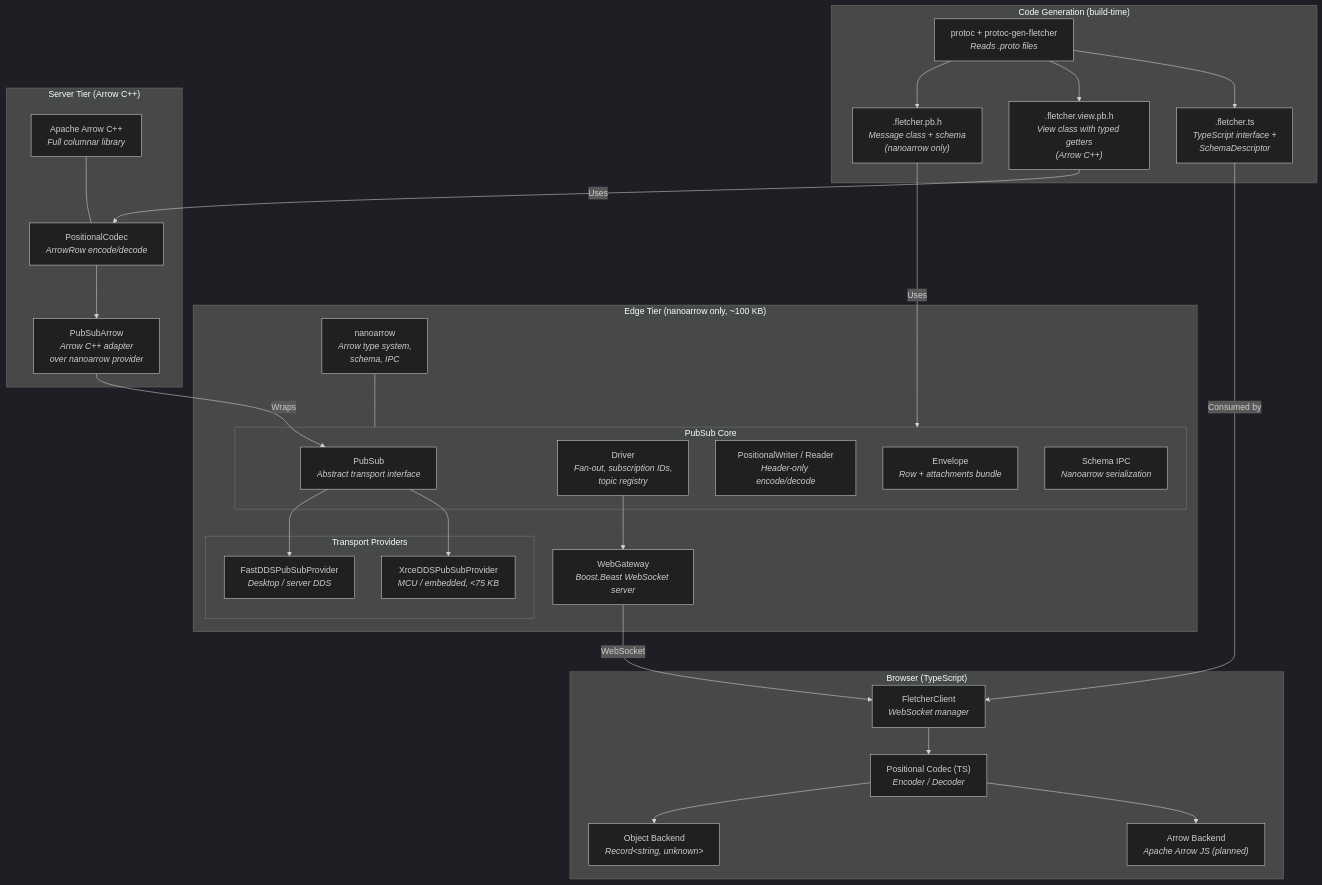
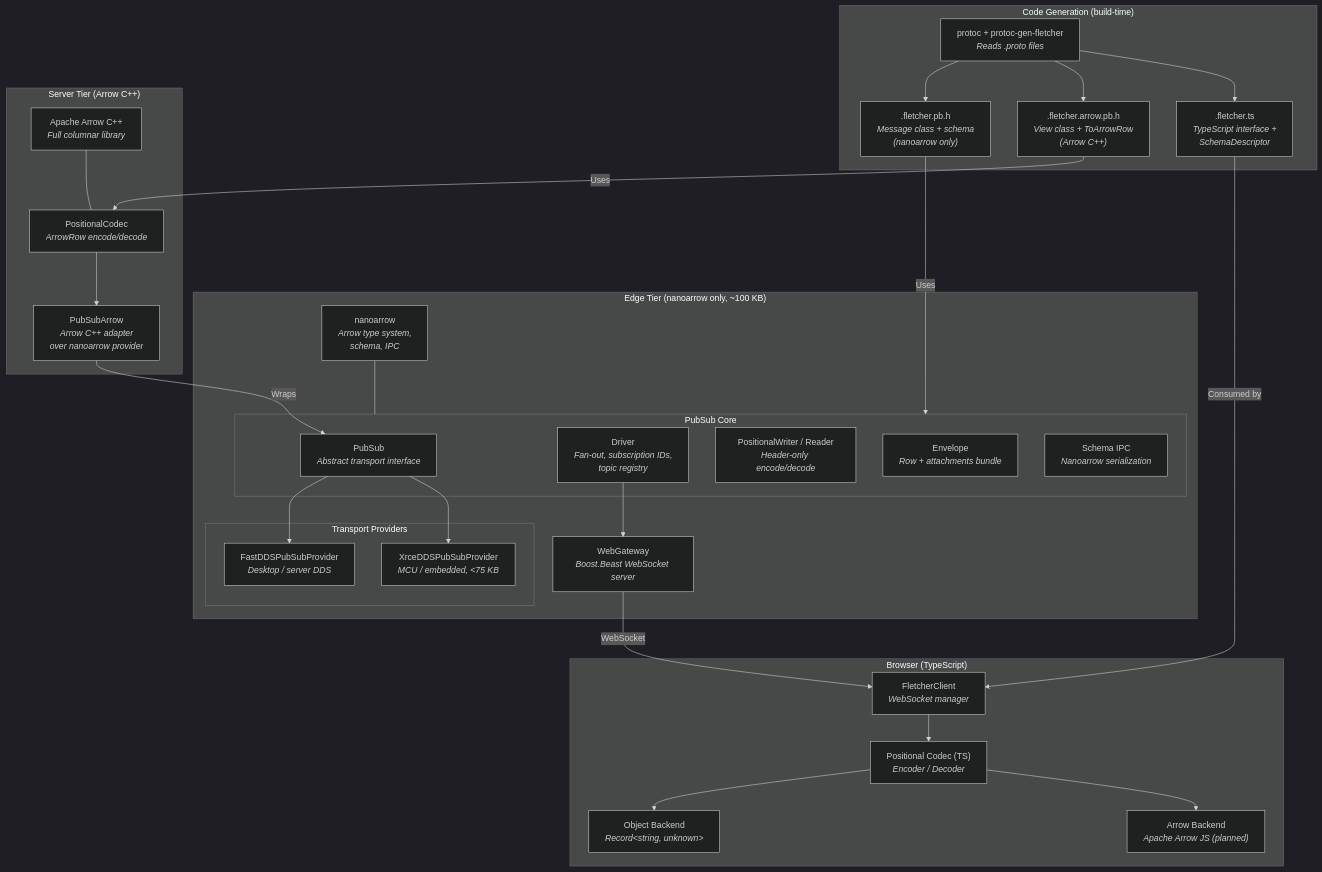
Before and after one commit to eivacom/Fletcher: the second of 5 diagrams in docs/component-diagram.md, drawn with Mermaid (dark theme). The commit also changed other lines of this file and 7 other files, not shown here.

First line of the commit message:
Rename .fletcher.view.pb.h to .fletcher.arrow.pb.h, add ToArrowRow() free functions

````diff
--- a/docs/component-diagram.md
+++ b/docs/component-diagram.md
@@ -40,64 +40,64 @@
 ```mermaid
 graph TB
     subgraph codegen_layer ["Code Generation (build-time)"]
         PROTOC["protoc + protoc-gen-fletcher<br/><i>Reads .proto files</i>"]
         GEN_EDGE[".fletcher.pb.h<br/><i>Message class + schema<br/>(nanoarrow only)</i>"]
-        GEN_SERVER[".fletcher.view.pb.h<br/><i>View class with typed getters<br/>(Arrow C++)</i>"]
+        GEN_SERVER[".fletcher.arrow.pb.h<br/><i>View class + ToArrowRow<br/>(Arrow C++)</i>"]
         GEN_TS[".fletcher.ts<br/><i>TypeScript interface +<br/>SchemaDescriptor</i>"]
 
         PROTOC --> GEN_EDGE
         PROTOC --> GEN_SERVER
         PROTOC --> GEN_TS
     end
 
     subgraph edge_tier ["Edge Tier (nanoarrow only, ~100 KB)"]
         NANOARROW["nanoarrow<br/><i>Arrow type system,<br/>schema, IPC</i>"]
 
         subgraph pubsub_core ["PubSub Core"]
             PROVIDER["PubSub<br/><i>Abstract transport interface</i>"]
             DRIVER["Driver<br/><i>Fan-out, subscription IDs,<br/>topic registry</i>"]
             POS_IO["PositionalWriter / Reader<br/><i>Header-only encode/decode</i>"]
             ENVELOPE["Envelope<br/><i>Row + attachments bundle</i>"]
             SCHEMA_IPC["Schema IPC<br/><i>Nanoarrow serialization</i>"]
         end
 
         subgraph providers ["Transport Providers"]
             FASTDDS["FastDDSPubSubProvider<br/><i>Desktop / server DDS</i>"]
             XRCEDDS["XrceDDSPubSubProvider<br/><i>MCU / embedded, &lt;75 KB</i>"]
         end
 
         WEB_GATEWAY["WebGateway<br/><i>Boost.Beast WebSocket server</i>"]
 
         NANOARROW --- pubsub_core
         PROVIDER --> FASTDDS
         PROVIDER --> XRCEDDS
         DRIVER --> WEB_GATEWAY
     end
 
     subgraph server_tier ["Server Tier (Arrow C++)"]
         ARROW_CPP["Apache Arrow C++<br/><i>Full columnar library</i>"]
 
         POS_CODEC["PositionalCodec<br/><i>ArrowRow encode/decode</i>"]
         PUBSUB_ARROW["PubSubArrow<br/><i>Arrow C++ adapter<br/>over nanoarrow provider</i>"]
 
         ARROW_CPP --- POS_CODEC
         POS_CODEC --> PUBSUB_ARROW
     end
 
     subgraph browser_tier ["Browser (TypeScript)"]
         WEBCLIENT["FletcherClient<br/><i>WebSocket manager</i>"]
         TS_CODEC["Positional Codec (TS)<br/><i>Encoder / Decoder</i>"]
         OBJ_BACKEND["Object Backend<br/><i>Record&lt;string, unknown&gt;</i>"]
         ARROW_BACKEND["Arrow Backend<br/><i>Apache Arrow JS (planned)</i>"]
 
         WEBCLIENT --> TS_CODEC
         TS_CODEC --> OBJ_BACKEND
         TS_CODEC --> ARROW_BACKEND
     end
 
     GEN_EDGE -->|Uses| pubsub_core
     GEN_SERVER -->|Uses| POS_CODEC
     GEN_TS -->|Consumed by| WEBCLIENT
     PUBSUB_ARROW -->|Wraps| PROVIDER
     WEB_GATEWAY -->|WebSocket| WEBCLIENT
 ```
````
